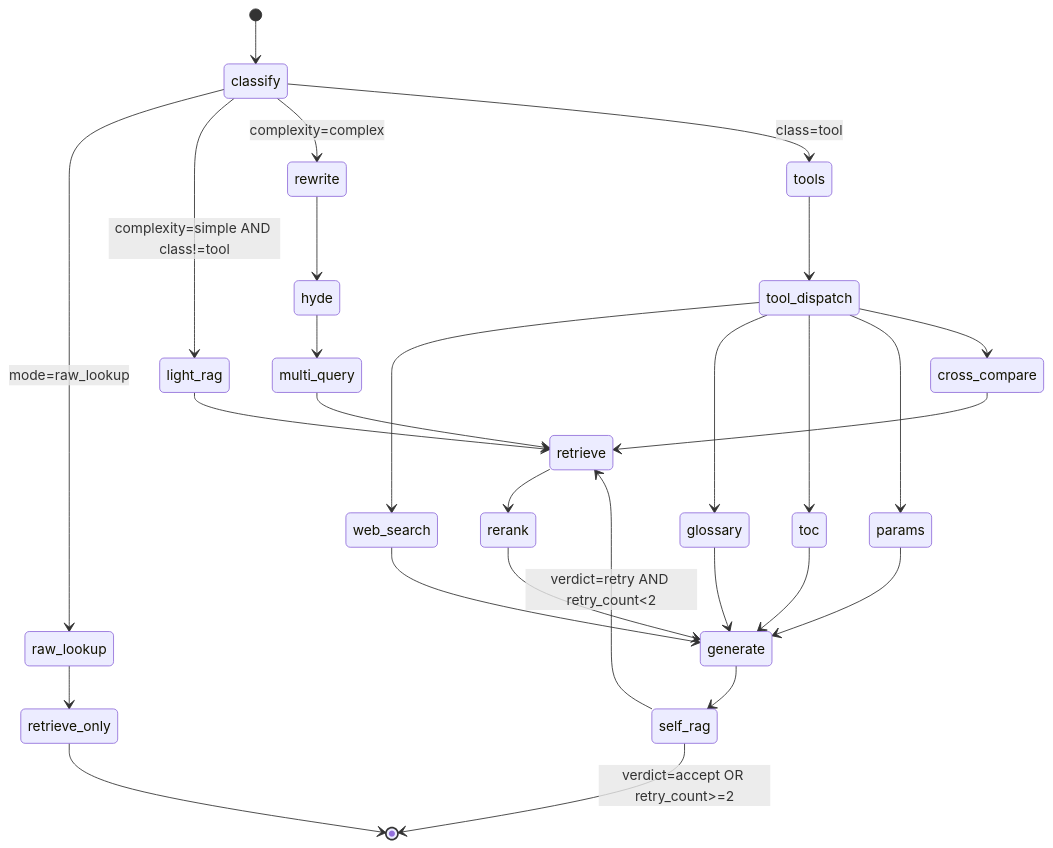
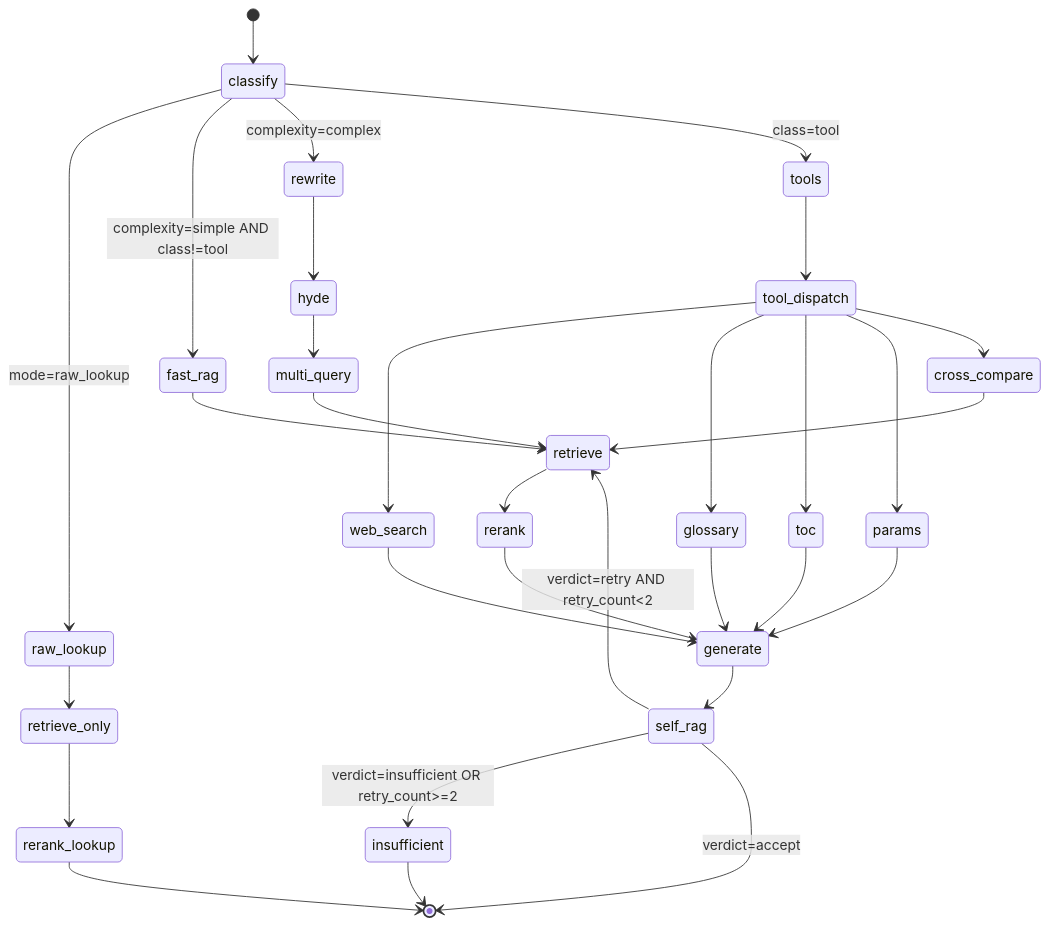
Before and after one commit to EpisodeYu/3GPP-Everything: the first of 2 diagrams in docs/03-development/03-agent.md, drawn with Mermaid. The commit also changed other lines of this file and 10 other files, not shown here.

````diff
--- a/docs/03-development/03-agent.md
+++ b/docs/03-development/03-agent.md
@@ -77,30 +77,33 @@
 ```mermaid
 stateDiagram-v2
     [*] --> classify
     classify --> raw_lookup: mode=raw_lookup
-    classify --> light_rag: complexity=simple AND class!=tool
+    classify --> fast_rag: complexity=simple AND class!=tool
     classify --> rewrite: complexity=complex
     classify --> tools: class=tool
     rewrite --> hyde
     hyde --> multi_query
     multi_query --> retrieve
-    light_rag --> retrieve
+    fast_rag --> retrieve
     retrieve --> rerank
     rerank --> generate
     tools --> tool_dispatch
     tool_dispatch --> web_search
     tool_dispatch --> glossary
     tool_dispatch --> toc
     tool_dispatch --> params
     tool_dispatch --> cross_compare
     web_search --> generate
     glossary --> generate
     toc --> generate
     params --> generate
     cross_compare --> retrieve
     generate --> self_rag
     self_rag --> retrieve: verdict=retry AND retry_count<2
-    self_rag --> [*]: verdict=accept OR retry_count>=2
+    self_rag --> insufficient: verdict=insufficient OR retry_count>=2
+    self_rag --> [*]: verdict=accept
+    insufficient --> [*]
     raw_lookup --> retrieve_only
-    retrieve_only --> [*]
+    retrieve_only --> rerank_lookup
+    rerank_lookup --> [*]
 ```
````
